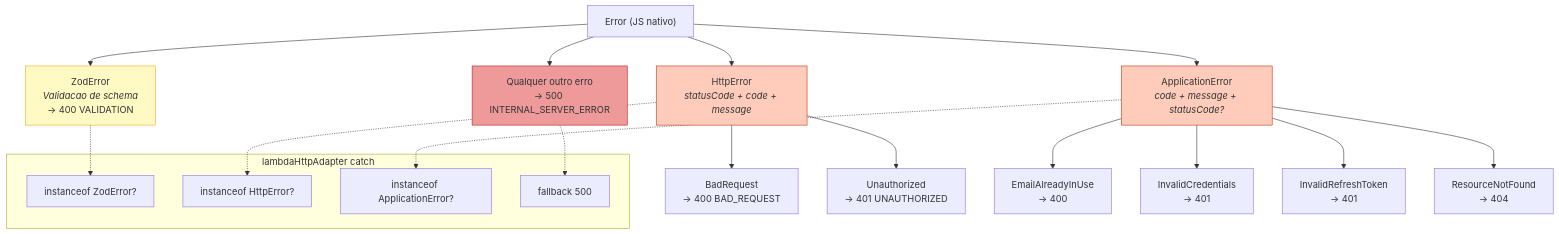
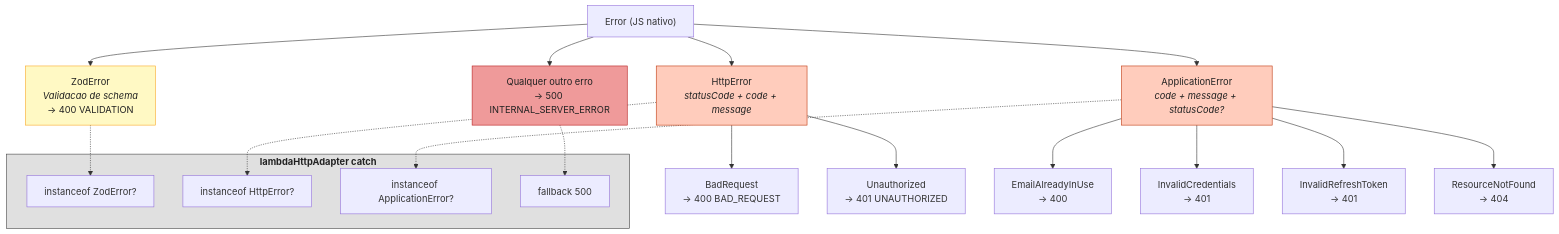
The eighth of 9 diagrams in foodiary-api/diagrams/PATTERNS_DIAGRAM.md (danillotorresdev/foodiary), drawn with Mermaid before and after one commit. The commit also changed other lines of this file and 2 other files, not shown here.

First line of the commit message:
style(documentation): enhance diagrams with improved readability and formatting

````diff
--- a/foodiary-api/diagrams/PATTERNS_DIAGRAM.md
+++ b/foodiary-api/diagrams/PATTERNS_DIAGRAM.md
@@ -331,35 +340,37 @@
 ```mermaid
+%%{init: {'themeVariables': { 'primaryTextColor': '#212121' }}}%%
 flowchart TB
   ERR["Error (JS nativo)"]
 
   ERR --> ZOD["ZodError<br/><i>Validacao de schema</i><br/>→ 400 VALIDATION"]
   ERR --> HTTP["HttpError<br/><i>statusCode + code + message</i>"]
   ERR --> APP["ApplicationError<br/><i>code + message + statusCode?</i>"]
 
   HTTP --> BR["BadRequest<br/>→ 400 BAD_REQUEST"]
   HTTP --> UA["Unauthorized<br/>→ 401 UNAUTHORIZED"]
 
   APP --> EAU["EmailAlreadyInUse<br/>→ 400"]
   APP --> IC["InvalidCredentials<br/>→ 401"]
   APP --> IRT["InvalidRefreshToken<br/>→ 401"]
   APP --> RNF["ResourceNotFound<br/>→ 404"]
 
   ERR --> UNK["Qualquer outro erro<br/>→ 500 INTERNAL_SERVER_ERROR"]
 
-  subgraph HANDLER["lambdaHttpAdapter catch"]
+  subgraph HANDLER["<b>lambdaHttpAdapter catch</b>"]
     T1["instanceof ZodError?"]
     T2["instanceof HttpError?"]
     T3["instanceof ApplicationError?"]
     T4["fallback 500"]
   end
 
   ZOD -.-> T1
   HTTP -.-> T2
   APP -.-> T3
   UNK -.-> T4
 
-  style ZOD fill:#fff9c4,stroke:#f9a825
-  style HTTP fill:#ffccbc,stroke:#bf360c
-  style APP fill:#ffccbc,stroke:#bf360c
-  style UNK fill:#ef9a9a,stroke:#b71c1c
+  style ZOD fill:#fff9c4,stroke:#f9a825,color:#212121
+  style HTTP fill:#ffccbc,stroke:#bf360c,color:#212121
+  style APP fill:#ffccbc,stroke:#bf360c,color:#212121
+  style UNK fill:#ef9a9a,stroke:#b71c1c,color:#212121
+  style HANDLER fill:#e0e0e0,stroke:#424242,color:#212121
 ```
````
